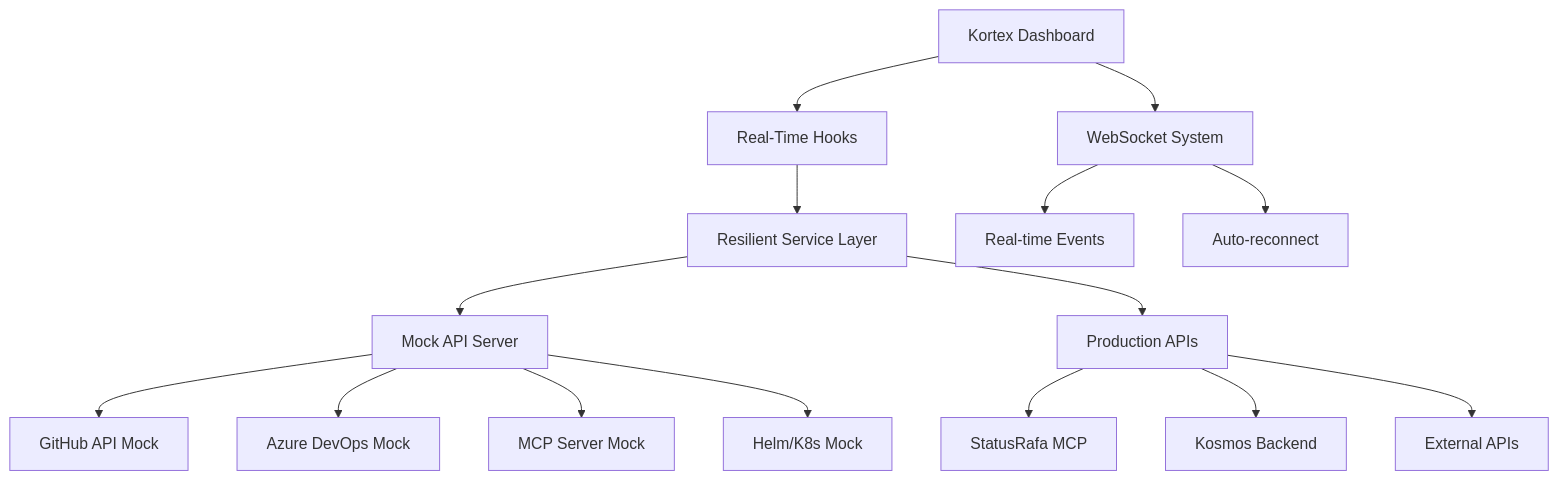
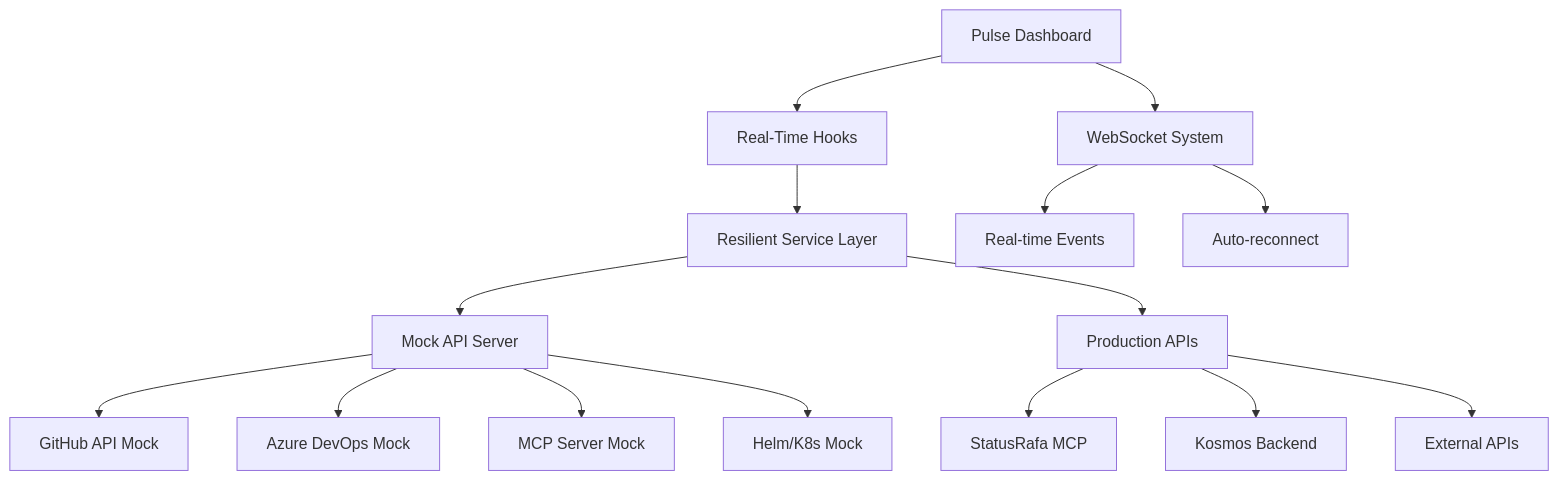
Before and after one commit to kubex-ecosystem/kortex: the diagram in README.md, drawn with Mermaid. The commit also changed other lines of this file and 107 other files, not shown here.

````diff
--- a/README.md
+++ b/README.md
@@ -96,20 +96,20 @@
 ```mermaid
 graph TD
-    A[Kortex Dashboard] --> B[Real-Time Hooks]
+    A[Pulse Dashboard] --> B[Real-Time Hooks]
     B --> C[Resilient Service Layer]
     C --> D[Mock API Server]
     C --> E[Production APIs]
-    
+
     D --> F[GitHub API Mock]
     D --> G[Azure DevOps Mock]
     D --> H[MCP Server Mock]
     D --> I[Helm/K8s Mock]
-    
+
     E --> J[StatusRafa MCP]
     E --> K[Kosmos Backend]
     E --> L[External APIs]
-    
+
     A --> M[WebSocket System]
     M --> N[Real-time Events]
     M --> O[Auto-reconnect]
 ```
````
